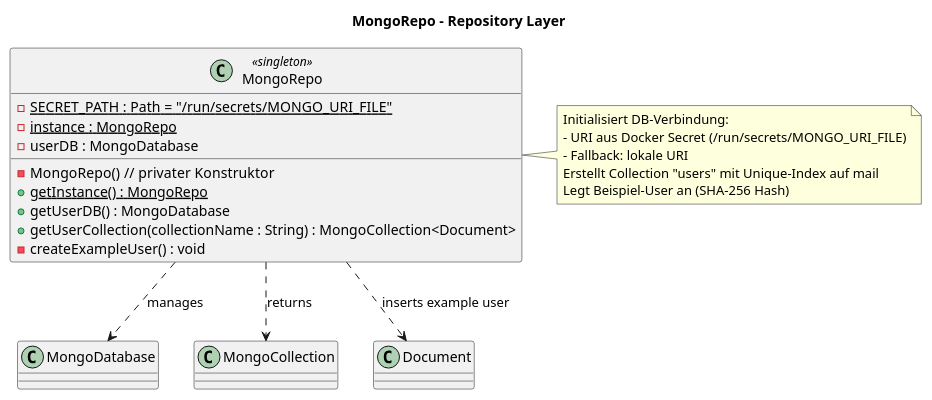
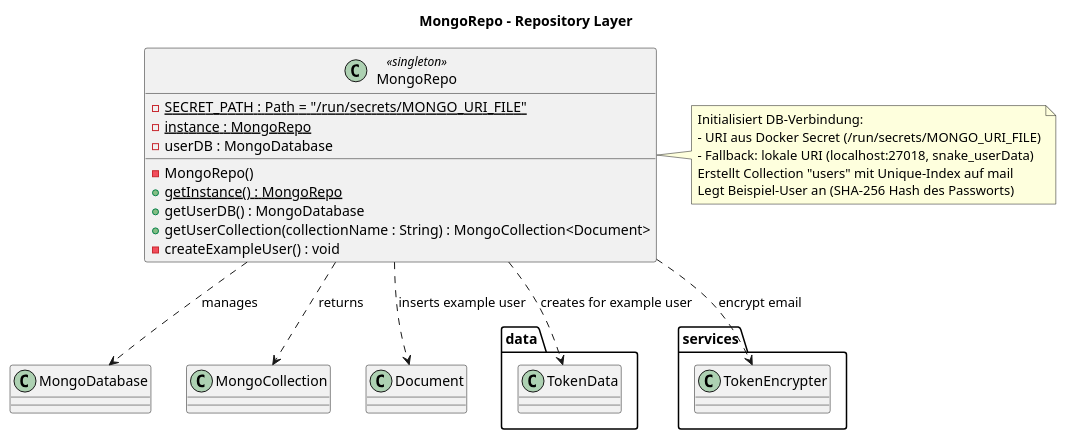
Before and after one commit to Princeps119/Princeps119-BFK_J3_Snake: the diagram in backend/src/main/resources/documentation/plantUML/06_mongorepo.puml, drawn with PlantUML. The commit also changed 5 other files, not shown here.

Commit message:
Robin plantuml updated

```diff
--- a/backend/src/main/resources/documentation/plantUML/06_mongorepo.puml
+++ b/backend/src/main/resources/documentation/plantUML/06_mongorepo.puml
@@ -1,26 +1,28 @@
 @startuml
 title MongoRepo – Repository Layer
 
 class MongoRepo <<singleton>> {
   - {static} SECRET_PATH : Path = "/run/secrets/MONGO_URI_FILE"
   - {static} instance : MongoRepo
   - userDB : MongoDatabase
-  - MongoRepo()  // privater Konstruktor
+  - MongoRepo()
   + {static} getInstance() : MongoRepo
   + getUserDB() : MongoDatabase
   + getUserCollection(collectionName : String) : MongoCollection<Document>
   - createExampleUser() : void
 }
 
 MongoRepo ..> MongoDatabase : manages
 MongoRepo ..> MongoCollection : returns
 MongoRepo ..> Document : inserts example user
+MongoRepo ..> data.TokenData : creates for example user
+MongoRepo ..> services.TokenEncrypter : encrypt email
 
 note right of MongoRepo
 Initialisiert DB-Verbindung:
 - URI aus Docker Secret (/run/secrets/MONGO_URI_FILE)
-- Fallback: lokale URI
+- Fallback: lokale URI (localhost:27018, snake_userData)
 Erstellt Collection "users" mit Unique-Index auf mail
-Legt Beispiel-User an (SHA-256 Hash)
+Legt Beispiel-User an (SHA-256 Hash des Passworts)
 end note
 @enduml
```
